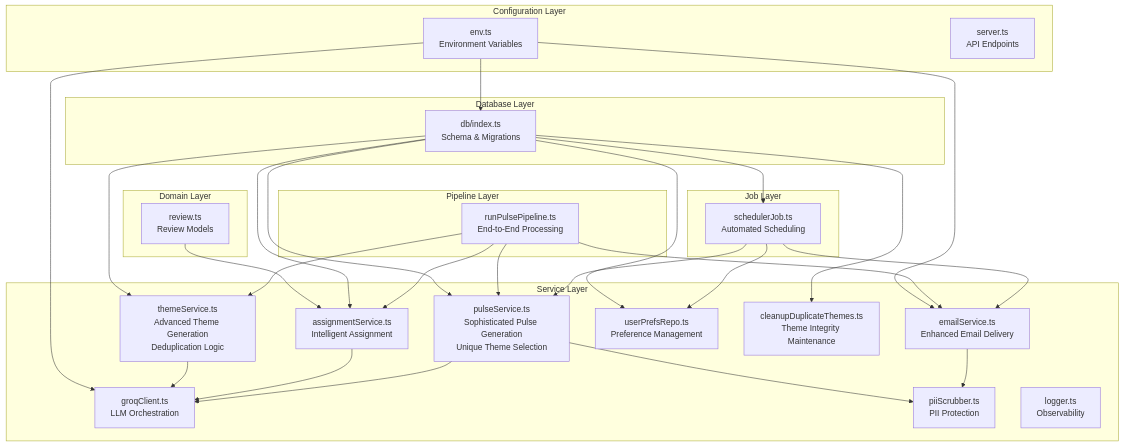
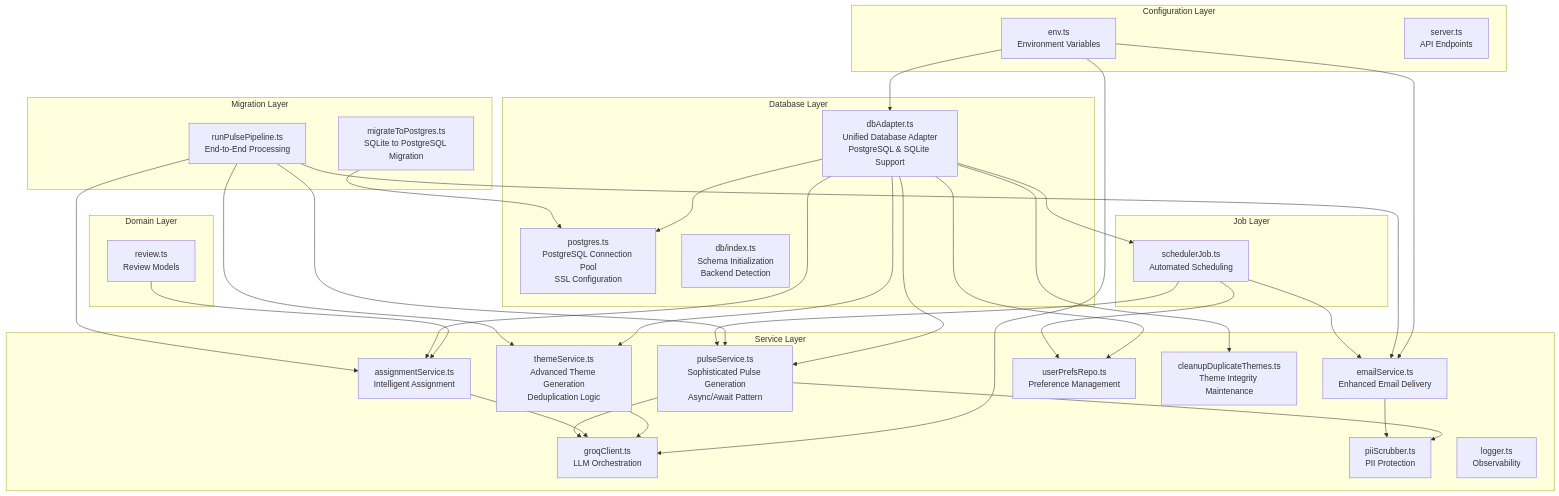
Before and after one commit to aravinthraj-ramalingam/Groww-App-Review-Insights-Analyzer-: the first of 13 diagrams in .qoder/repowiki/en/content/Phase 2_ Advanced Analytics & Automation/Weekly Pulse Generation.md, drawn with Mermaid. The commit also changed other lines of this file and 10 other files, not shown here.

Commit message:
Fix pulse duplicate key error, theme deduplication, and button alignment

````diff
--- a/.qoder/repowiki/en/content/Phase 2_ Advanced Analytics & Automation/Weekly Pulse Generation.md
+++ b/.qoder/repowiki/en/content/Phase 2_ Advanced Analytics & Automation/Weekly Pulse Generation.md
@@ -64,52 +66,57 @@
 ```mermaid
 graph TB
 subgraph "Configuration Layer"
 ENV["env.ts<br/>Environment Variables"]
 ENDPOINT["server.ts<br/>API Endpoints"]
 end
 subgraph "Domain Layer"
 REVIEW["review.ts<br/>Review Models"]
 end
 subgraph "Database Layer"
-DBIDX["db/index.ts<br/>Schema & Migrations"]
+DBADAPTER["dbAdapter.ts<br/>Unified Database Adapter<br/>PostgreSQL & SQLite Support"]
+POSTGRES["postgres.ts<br/>PostgreSQL Connection Pool<br/>SSL Configuration"]
+DBIDX["db/index.ts<br/>Schema Initialization<br/>Backend Detection"]
 end
 subgraph "Service Layer"
 THEME["themeService.ts<br/>Advanced Theme Generation<br/>Deduplication Logic"]
 ASSIGN["assignmentService.ts<br/>Intelligent Assignment"]
-PULSE["pulseService.ts<br/>Sophisticated Pulse Generation<br/>Unique Theme Selection"]
+PULSE["pulseService.ts<br/>Sophisticated Pulse Generation<br/>Async/Await Pattern"]
 EMAIL["emailService.ts<br/>Enhanced Email Delivery"]
 PREFS["userPrefsRepo.ts<br/>Preference Management"]
 GROQ["groqClient.ts<br/>LLM Orchestration"]
 SCRUB["piiScrubber.ts<br/>PII Protection"]
 LOG["logger.ts<br/>Observability"]
 CLEAN["cleanupDuplicateThemes.ts<br/>Theme Integrity Maintenance"]
 end
 subgraph "Job Layer"
 SCHED["schedulerJob.ts<br/>Automated Scheduling"]
 end
-subgraph "Pipeline Layer"
+subgraph "Migration Layer"
+MIGRATE["migrateToPostgres.ts<br/>SQLite to PostgreSQL Migration"]
 PIPE["runPulsePipeline.ts<br/>End-to-End Processing"]
 end
-ENV --> DBIDX
+ENV --> DBADAPTER
 ENV --> GROQ
 ENV --> EMAIL
 REVIEW --> ASSIGN
-DBIDX --> THEME
-DBIDX --> ASSIGN
-DBIDX --> PULSE
-DBIDX --> PREFS
-DBIDX --> SCHED
-DBIDX --> CLEAN
+DBADAPTER --> THEME
+DBADAPTER --> ASSIGN
+DBADAPTER --> PULSE
+DBADAPTER --> PREFS
+DBADAPTER --> SCHED
+DBADAPTER --> CLEAN
+DBADAPTER --> POSTGRES
+MIGRATE --> POSTGRES
 PIPE --> THEME
 PIPE --> ASSIGN
 PIPE --> PULSE
 PIPE --> EMAIL
 THEME --> GROQ
 ASSIGN --> GROQ
 PULSE --> GROQ
 PULSE --> SCRUB
 EMAIL --> SCRUB
 SCHED --> PULSE
 SCHED --> EMAIL
 SCHED --> PREFS
 ```
````
